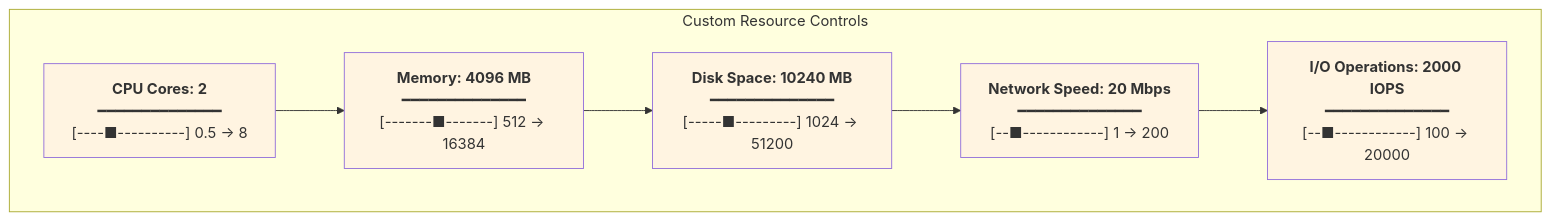
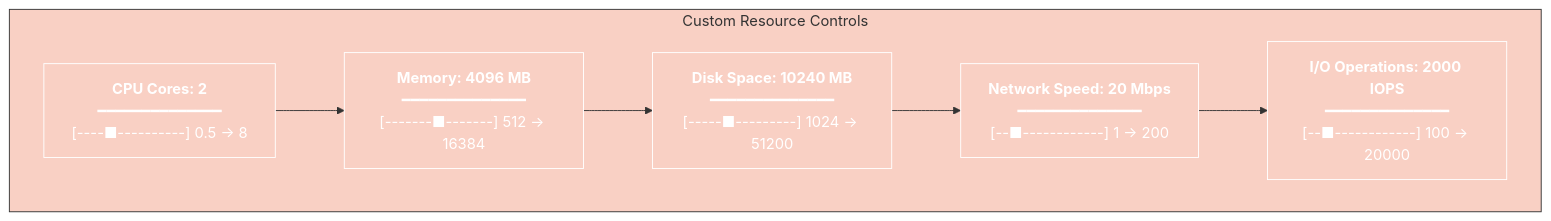
One commit to radicalkjax/Athena changed the ninth of 10 diagrams in docs/components/CONTAINER_CONFIG_SELECTOR.md. Above: the diagram before and after it, drawn with Mermaid. The commit also changed other lines of this file and 27 other files, not shown here.

Commit message:
Introduction of expo package manager. Updated docs to reflect changes. Unified mermaid theme for docs.

````diff
--- a/docs/components/CONTAINER_CONFIG_SELECTOR.md
+++ b/docs/components/CONTAINER_CONFIG_SELECTOR.md
@@ -475,25 +643,46 @@
 ```mermaid
+%%{init: {
+  'theme': 'base',
+  'themeVariables': {
+    'primaryColor': '#6d105a',
+    'primaryTextColor': '#ffffff',
+    'primaryBorderColor': '#ffffff',
+    'lineColor': '#333333',
+    'secondaryColor': '#e8f4d4',
+    'secondaryTextColor': '#333333',
+    'secondaryBorderColor': '#333333',
+    'tertiaryColor': '#f9d0c4',
+    'tertiaryTextColor': '#333333',
+    'tertiaryBorderColor': '#333333',
+    'background': '#ffffff',
+    'mainBkg': '#6d105a',
+    'secondBkg': '#e8f4d4',
+    'tertiaryBkg': '#f9d0c4',
+    'textColor': '#333333',
+    'fontFamily': 'Arial, sans-serif'
+  }
+}}%%
 graph TB
     subgraph "Custom Resource Controls"
         CPU["<b>CPU Cores: 2</b><br/>━━━━━━━━━━━━━━<br/>[----■----------] 0.5 → 8"]
         
         MEM["<b>Memory: 4096 MB</b><br/>━━━━━━━━━━━━━━<br/>[-------■-------] 512 → 16384"]
         
         DISK["<b>Disk Space: 10240 MB</b><br/>━━━━━━━━━━━━━━<br/>[-----■---------] 1024 → 51200"]
         
         NET["<b>Network Speed: 20 Mbps</b><br/>━━━━━━━━━━━━━━<br/>[--■------------] 1 → 200"]
         
         IO["<b>I/O Operations: 2000 IOPS</b><br/>━━━━━━━━━━━━━━<br/>[--■------------] 100 → 20000"]
     end
     
     CPU --> MEM
     MEM --> DISK
     DISK --> NET
     NET --> IO
     
-    style CPU fill:#fff4e1
-    style MEM fill:#fff4e1
-    style DISK fill:#fff4e1
-    style NET fill:#fff4e1
-    style IO fill:#fff4e1
+    style CPU fill:#f9d0c4
+    style MEM fill:#f9d0c4
+    style DISK fill:#f9d0c4
+    style NET fill:#f9d0c4
+    style IO fill:#f9d0c4
 ```
````
